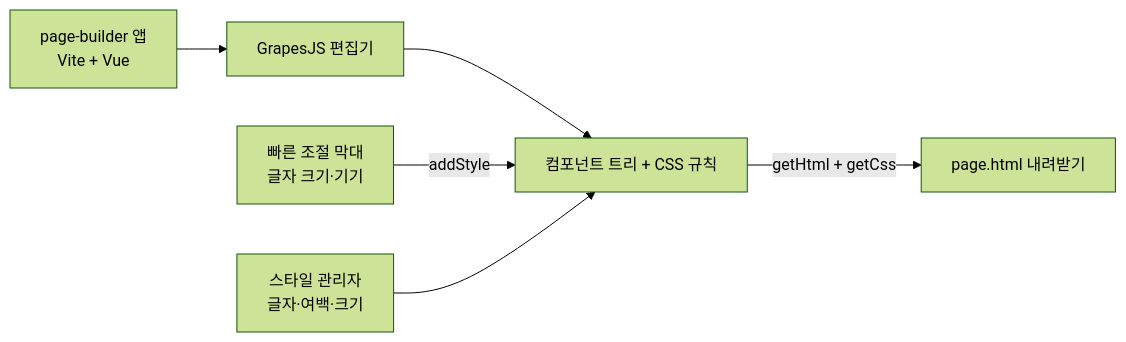
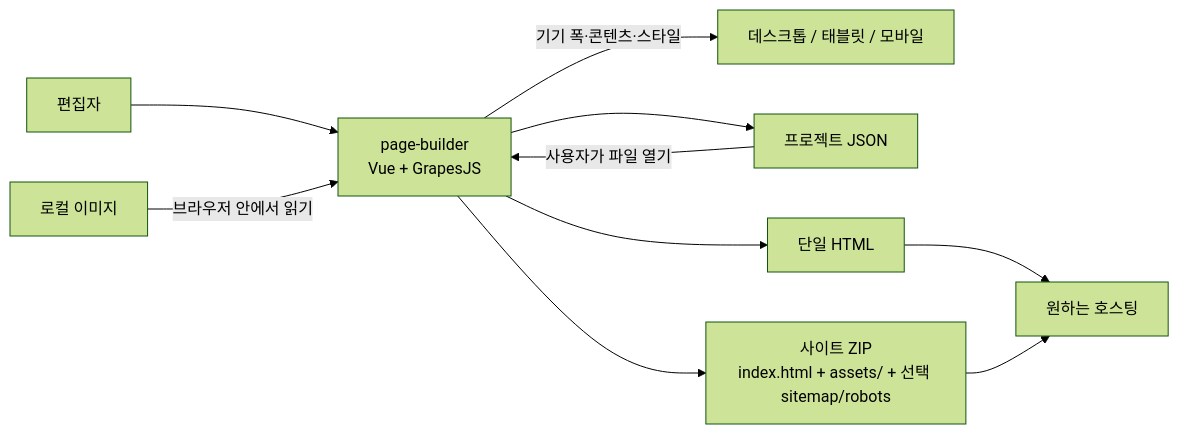
The diagram in docs/lab/page-builder.md (devcy0922/devcy0922.github.io), drawn with Mermaid (forest theme) before and after one commit. The commit also changed other lines of this file and 2 other files, not shown here.

Commit message:
feat(lab): page-builder 실사용 흐름을 소개에 반영 (v1.2.6)

````diff
--- a/docs/lab/page-builder.md
+++ b/docs/lab/page-builder.md
@@ -23,8 +35,12 @@
 ```mermaid
 flowchart LR
-    App["page-builder 앱<br/>Vite + Vue"] --> GJS["GrapesJS 편집기"]
-    GJS --> Model["컴포넌트 트리 + CSS 규칙"]
-    Quick["빠른 조절 막대<br/>글자 크기·기기"] -->|addStyle| Model
-    Panel["스타일 관리자<br/>글자·여백·크기"] --> Model
-    Model -->|getHtml + getCss| File["page.html 내려받기"]
+    User["편집자"] --> App["page-builder<br/>Vue + GrapesJS"]
+    App -->|기기 폭·콘텐츠·스타일| Canvas["데스크톱 / 태블릿 / 모바일"]
+    Local["로컬 이미지"] -->|브라우저 안에서 읽기| App
+    App --> Project["프로젝트 JSON"]
+    App --> HTML["단일 HTML"]
+    App --> ZIP["사이트 ZIP<br/>index.html + assets/ + 선택 sitemap/robots"]
+    Project -->|사용자가 파일 열기| App
+    HTML --> Hosting["원하는 호스팅"]
+    ZIP --> Hosting
 ```
````
